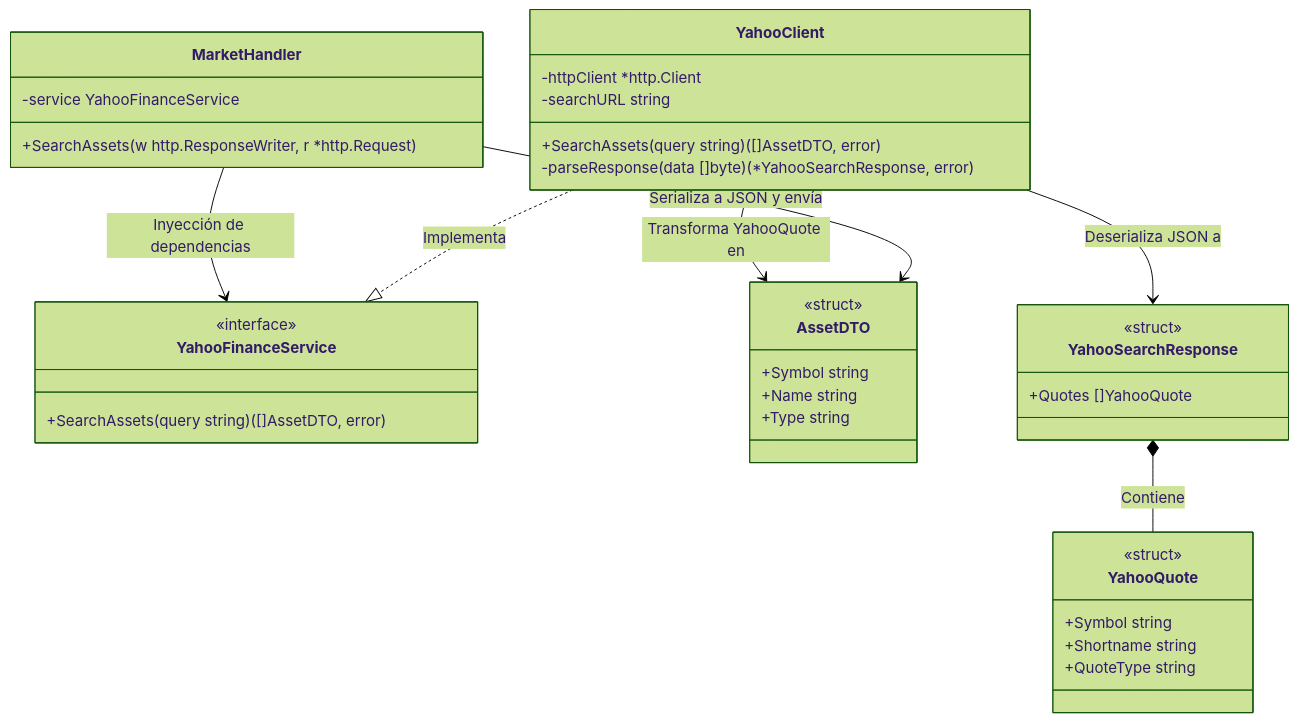
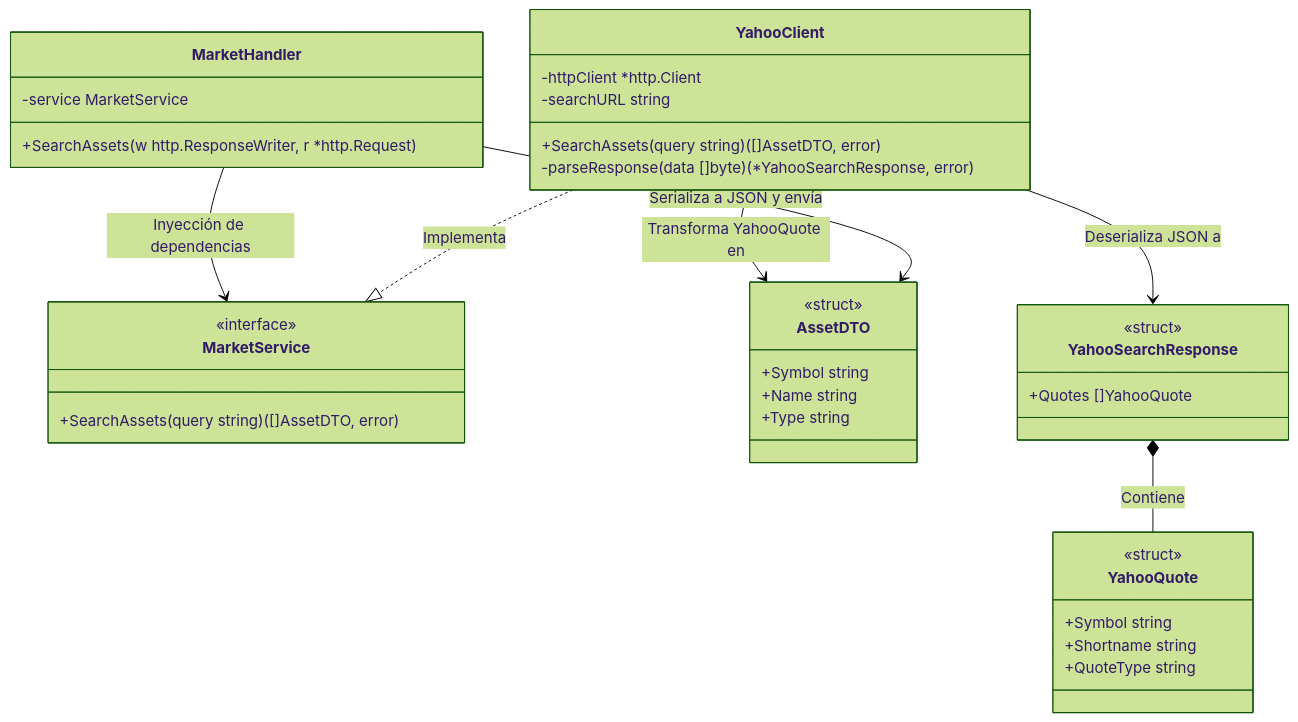
One commit to Masega360/VecFin changed the diagram in docs/uc2-assets/cl-assets.mermaid. Above: the diagram before and after it, drawn with Mermaid (forest theme). The commit also changed 1 other file, not shown here.

Commit message:
refactor: ensure package declaration is present in market_handler.go

```diff
--- a/docs/uc2-assets/cl-assets.mermaid
+++ b/docs/uc2-assets/cl-assets.mermaid
@@ -1,46 +1,46 @@
 classDiagram
     direction TB
 
     class MarketHandler {
-        -service YahooFinanceService
+        -service MarketService
         +SearchAssets(w http.ResponseWriter, r *http.Request)
     }
 
-    class YahooFinanceService {
+    class MarketService {
         <<interface>>
         +SearchAssets(query string) ([]AssetDTO, error)
     }
 
     class YahooClient {
         -httpClient *http.Client
         -searchURL string
         +SearchAssets(query string) ([]AssetDTO, error)
         -parseResponse(data []byte) (*YahooSearchResponse, error)
     }
 
     class AssetDTO {
         <<struct>>
         +Symbol string
         +Name string
         +Type string
     }
 
     class YahooSearchResponse {
         <<struct>>
         +Quotes []YahooQuote
     }
 
     class YahooQuote {
         <<struct>>
         +Symbol string
         +Shortname string
         +QuoteType string
     }
 
     %% Relaciones
-    MarketHandler --> YahooFinanceService : Inyección de dependencias
-    YahooClient ..|> YahooFinanceService : Implementa
+    MarketHandler --> MarketService : Inyección de dependencias
+    YahooClient ..|> MarketService : Implementa
     YahooClient --> YahooSearchResponse : Deserializa JSON a
     YahooSearchResponse *-- YahooQuote : Contiene
     YahooClient --> AssetDTO : Transforma YahooQuote en
     MarketHandler --> AssetDTO : Serializa a JSON y envía
```
